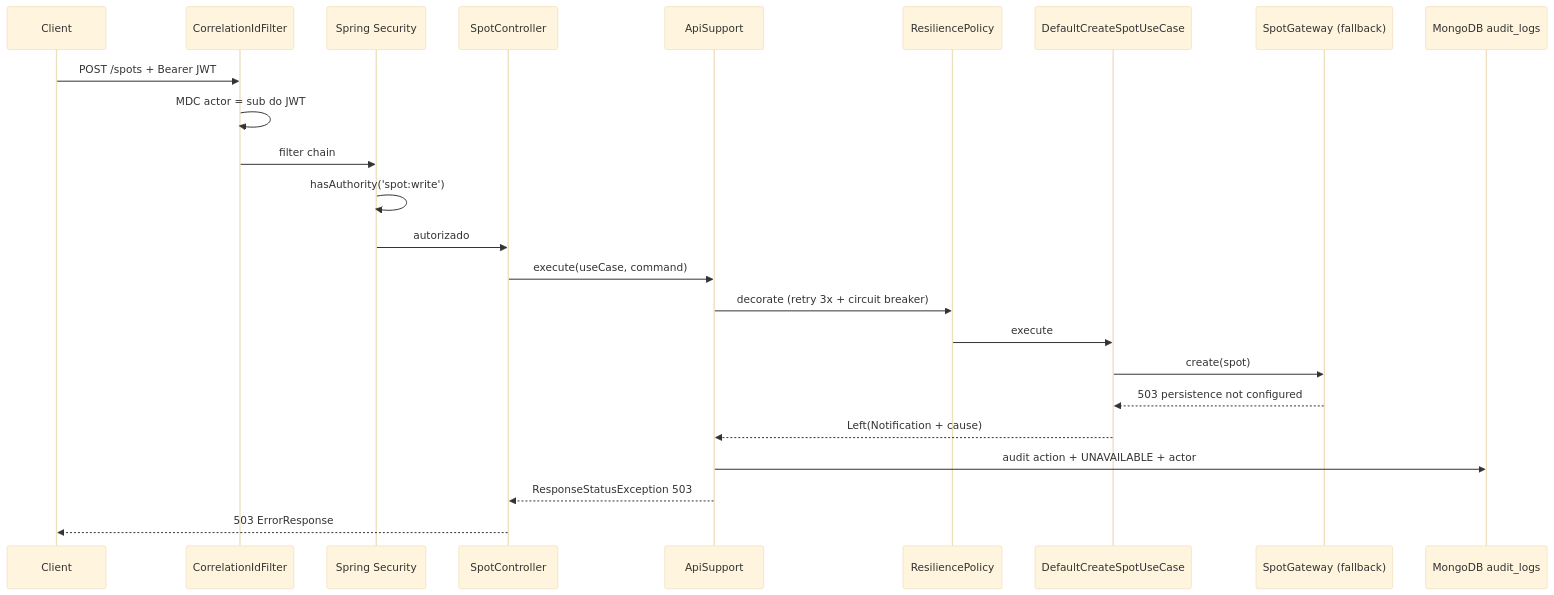
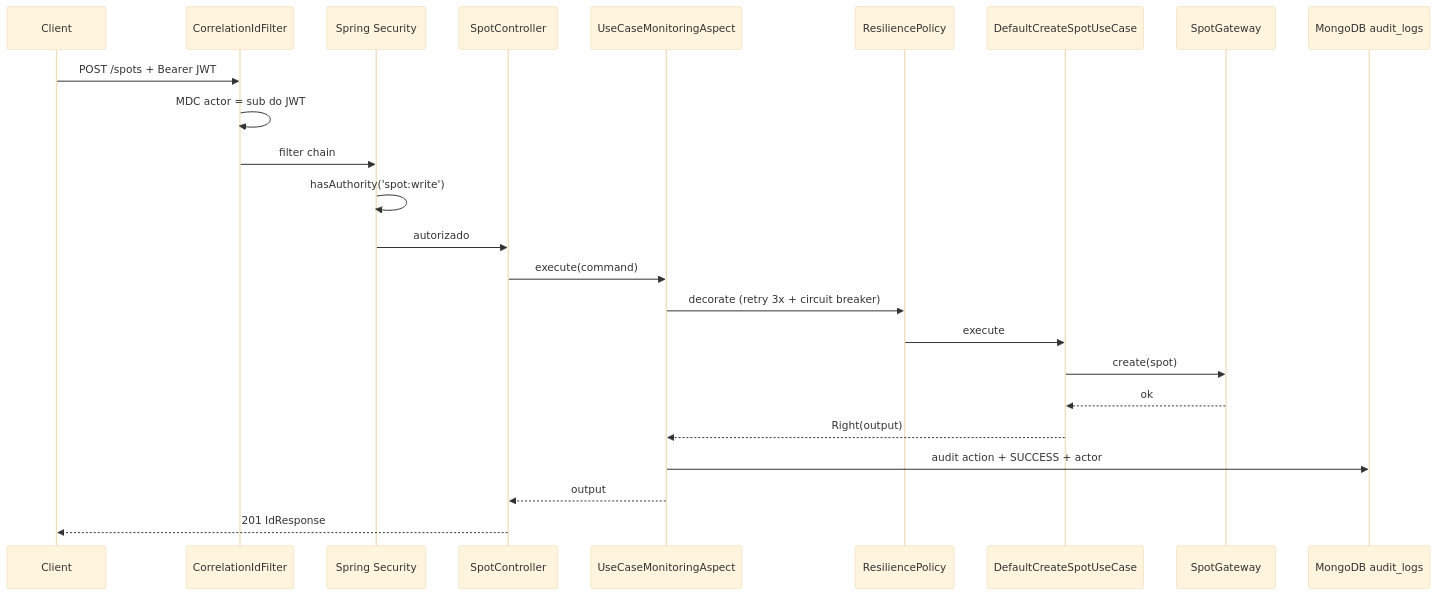
One commit to MatheusJFA/TicketHub changed the second of 3 diagrams in docs/architecture.md. Above: the diagram before and after it, drawn with Mermaid (base theme). The commit also changed other lines of this file and 6 other files, not shown here.

First line of the commit message:
refactor: drop PersistenceFallbackConfiguration

````diff
--- a/docs/architecture.md
+++ b/docs/architecture.md
@@ -57,27 +57,27 @@
 ```mermaid
 sequenceDiagram
     participant C as Client
     participant F as CorrelationIdFilter
     participant S as Spring Security
     participant CT as SpotController
-    participant A as ApiSupport
+    participant A as UseCaseMonitoringAspect
     participant R as ResiliencePolicy
     participant U as DefaultCreateSpotUseCase
-    participant G as SpotGateway (fallback)
+    participant G as SpotGateway
     participant M as MongoDB audit_logs
 
     C->>F: POST /spots + Bearer JWT
     F->>F: MDC actor = sub do JWT
     F->>S: filter chain
     S->>S: hasAuthority('spot:write')
     S->>CT: autorizado
-    CT->>A: execute(useCase, command)
+    CT->>A: execute(command)
     A->>R: decorate (retry 3x + circuit breaker)
     R->>U: execute
     U->>G: create(spot)
-    G-->>U: 503 persistence not configured
-    U-->>A: Left(Notification + cause)
-    A->>M: audit action + UNAVAILABLE + actor
-    A-->>CT: ResponseStatusException 503
-    CT-->>C: 503 ErrorResponse
+    G-->>U: ok
+    U-->>A: Right(output)
+    A->>M: audit action + SUCCESS + actor
+    A-->>CT: output
+    CT-->>C: 201 IdResponse
 ```
````
